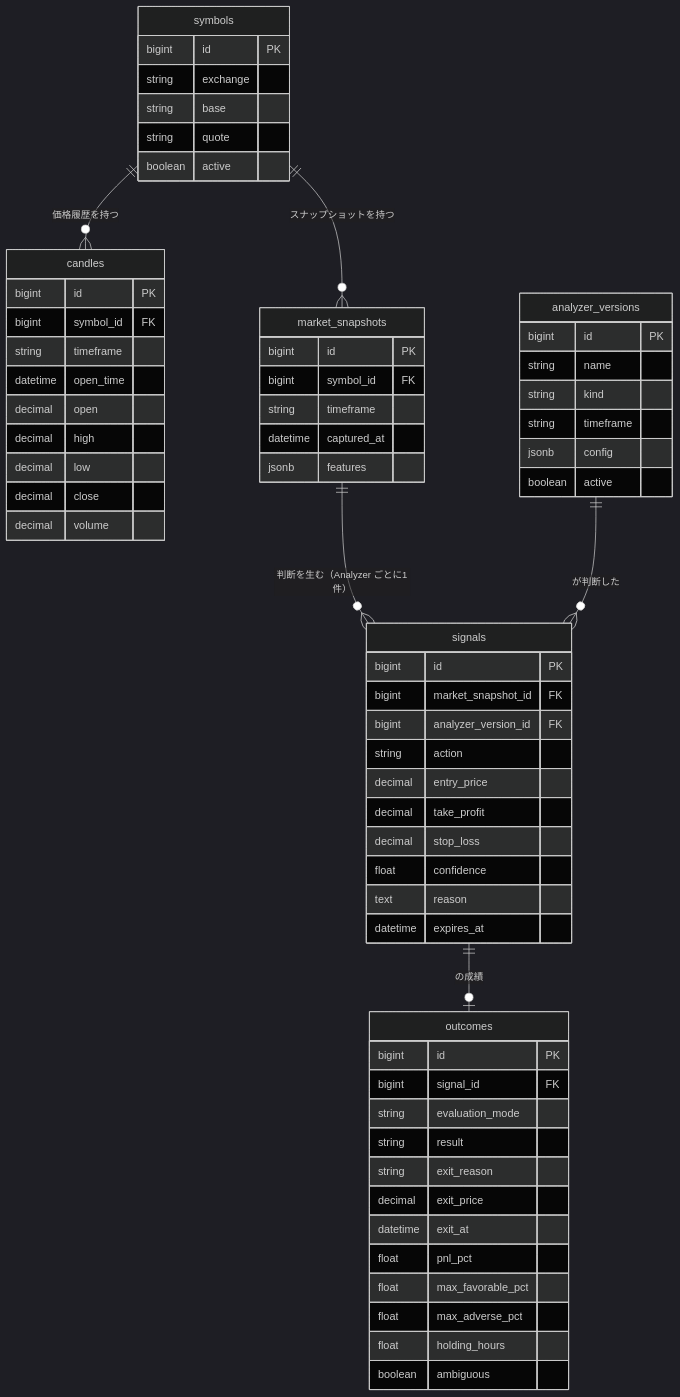
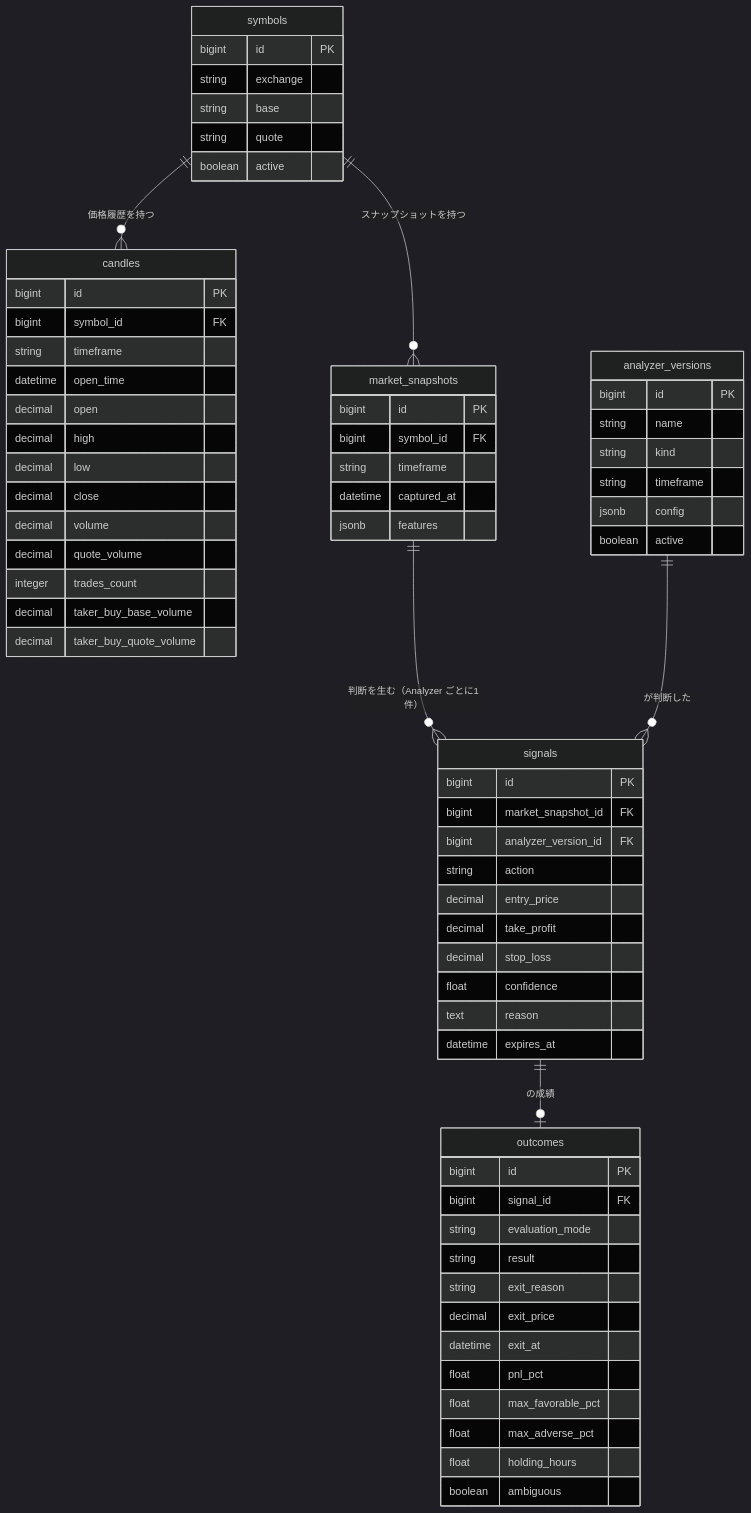
One commit to yamato-payforward/blue-pilot changed the diagram in docs/domain-model.md. Above: the diagram before and after it, drawn with Mermaid (dark theme). The commit also changed other lines of this file, not shown here.

````diff
--- a/docs/domain-model.md
+++ b/docs/domain-model.md
@@ -52,68 +52,72 @@
 ```mermaid
 erDiagram
     symbols ||--o{ candles : "価格履歴を持つ"
     symbols ||--o{ market_snapshots : "スナップショットを持つ"
     market_snapshots ||--o{ signals : "判断を生む（Analyzer ごとに1件）"
     analyzer_versions ||--o{ signals : "が判断した"
     signals ||--o| outcomes : "の成績"
 
     symbols {
         bigint id PK
         string exchange
         string base
         string quote
         boolean active
     }
     candles {
         bigint id PK
         bigint symbol_id FK
         string timeframe
         datetime open_time
         decimal open
         decimal high
         decimal low
         decimal close
         decimal volume
+        decimal quote_volume
+        integer trades_count
+        decimal taker_buy_base_volume
+        decimal taker_buy_quote_volume
     }
     market_snapshots {
         bigint id PK
         bigint symbol_id FK
         string timeframe
         datetime captured_at
         jsonb features
     }
     signals {
         bigint id PK
         bigint market_snapshot_id FK
         bigint analyzer_version_id FK
         string action
         decimal entry_price
         decimal take_profit
         decimal stop_loss
         float confidence
         text reason
         datetime expires_at
     }
     outcomes {
         bigint id PK
         bigint signal_id FK
         string evaluation_mode
         string result
         string exit_reason
         decimal exit_price
         datetime exit_at
         float pnl_pct
         float max_favorable_pct
         float max_adverse_pct
         float holding_hours
         boolean ambiguous
     }
     analyzer_versions {
         bigint id PK
         string name
         string kind
         string timeframe
         jsonb config
         boolean active
     }
 ```
````
